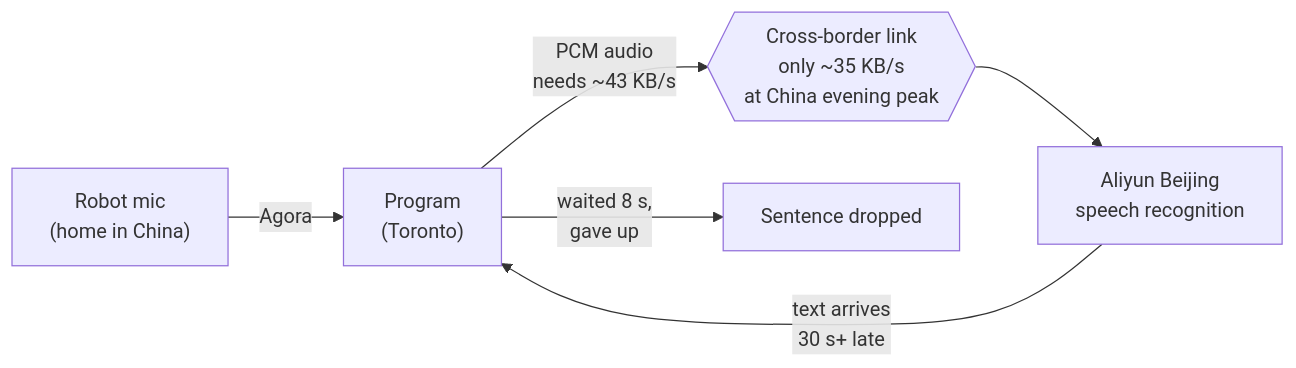
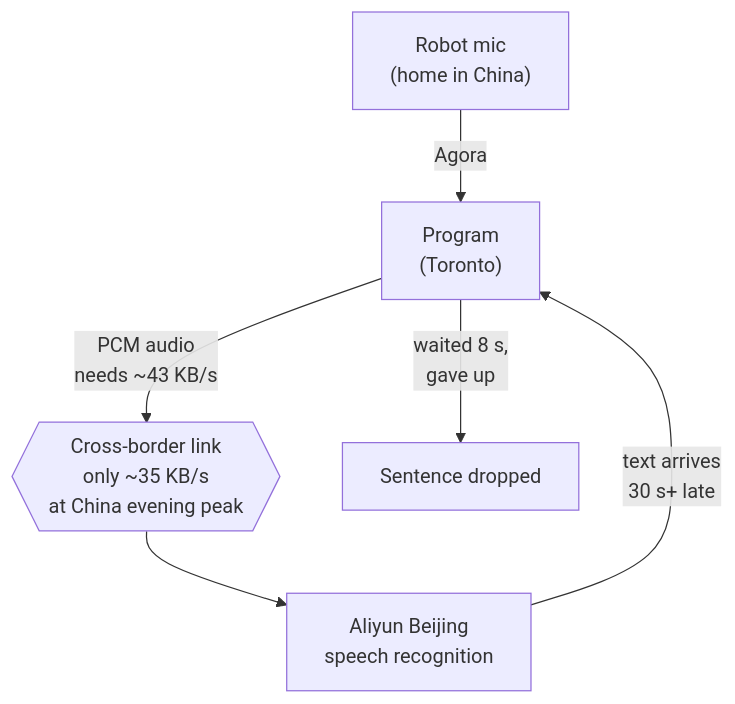
One commit to YeChen-coder/EBOBotQwenRealtime changed the first of 2 diagrams in docs/incident-2026-11-08-robot-silent.md. Above: the diagram before and after it, drawn with Mermaid.

Commit message:
docs: draw the round-1 diagram top to bottom so the text is readable

````diff
--- a/docs/incident-2026-11-08-robot-silent.md
+++ b/docs/incident-2026-11-08-robot-silent.md
@@ -49,8 +49,8 @@
 ```mermaid
-flowchart LR
+flowchart TB
     A["Robot mic<br/>(home in China)"] -->|Agora| B["Program<br/>(Toronto)"]
     B -->|"PCM audio<br/>needs ~43 KB/s"| C{{"Cross-border link<br/>only ~35 KB/s<br/>at China evening peak"}}
     C --> D["Aliyun Beijing<br/>speech recognition"]
     D -->|"text arrives<br/>30 s+ late"| B
     B -->|"waited 8 s,<br/>gave up"| E["Sentence dropped"]
 ```
````
